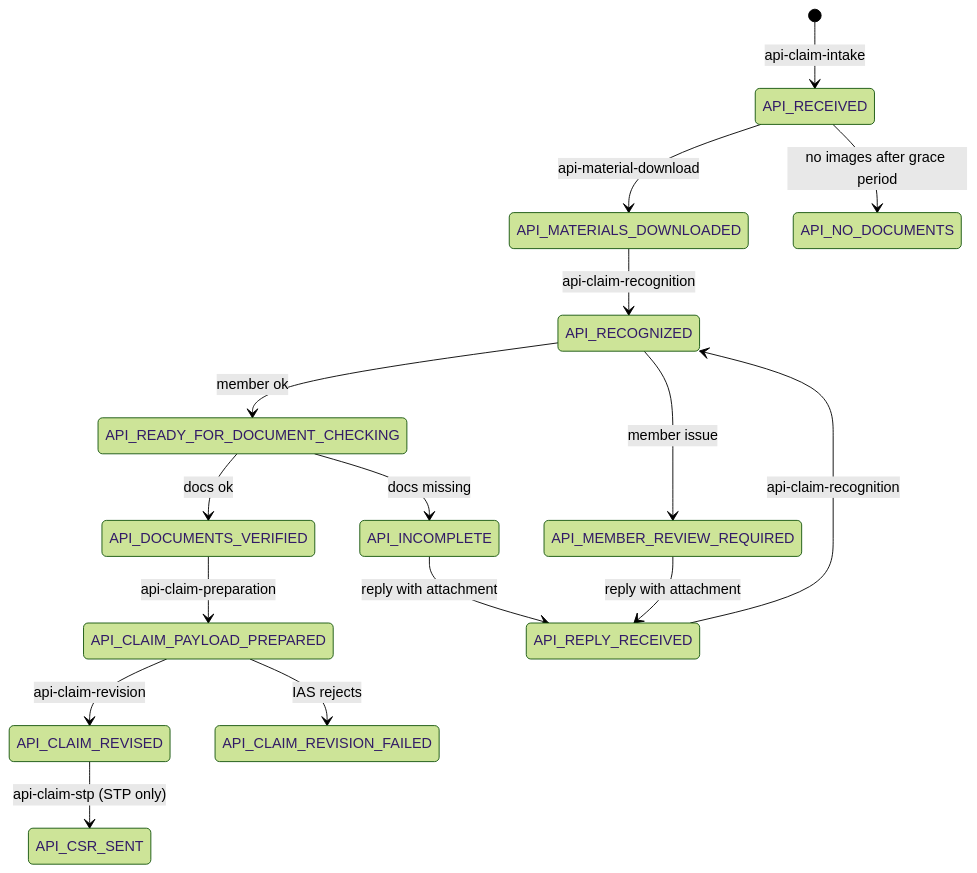
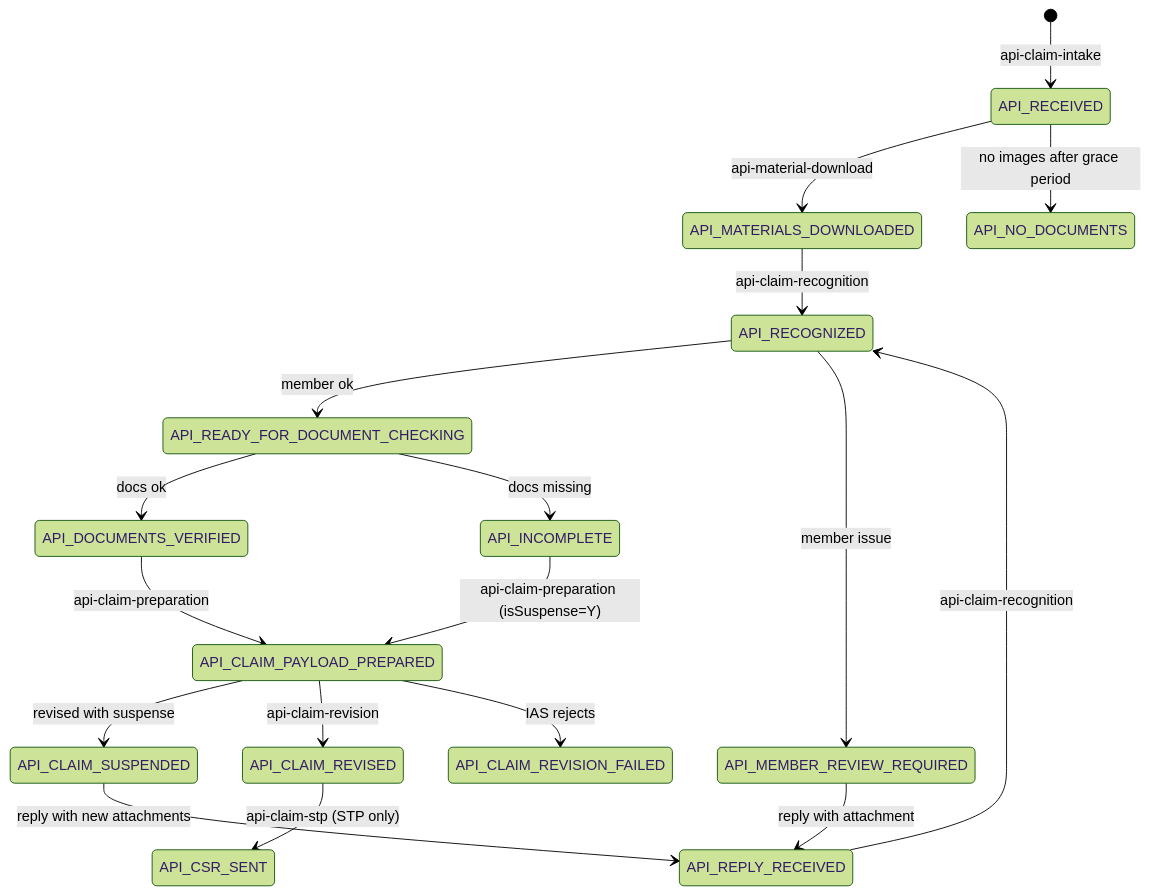
Before and after one commit to stevenyeo99/ulink-admin: the second of 2 diagrams in docs/imp/day1/api-case-workflow.md, drawn with Mermaid (forest theme). The commit also changed other lines of this file and 20 other files, not shown here.

Commit message:
API - Implement Claim Revision Preparation Job.

````diff
--- a/docs/imp/day1/api-case-workflow.md
+++ b/docs/imp/day1/api-case-workflow.md
@@ -97,18 +97,20 @@
 ```mermaid
 stateDiagram-v2
   [*] --> API_RECEIVED: api-claim-intake
   API_RECEIVED --> API_MATERIALS_DOWNLOADED: api-material-download
   API_RECEIVED --> API_NO_DOCUMENTS: no images after grace period
   API_MATERIALS_DOWNLOADED --> API_RECOGNIZED: api-claim-recognition
   API_REPLY_RECEIVED --> API_RECOGNIZED: api-claim-recognition
   API_RECOGNIZED --> API_READY_FOR_DOCUMENT_CHECKING: member ok
   API_RECOGNIZED --> API_MEMBER_REVIEW_REQUIRED: member issue
   API_READY_FOR_DOCUMENT_CHECKING --> API_DOCUMENTS_VERIFIED: docs ok
   API_READY_FOR_DOCUMENT_CHECKING --> API_INCOMPLETE: docs missing
+  API_INCOMPLETE --> API_CLAIM_PAYLOAD_PREPARED: api-claim-preparation (isSuspense=Y)
+  API_CLAIM_PAYLOAD_PREPARED --> API_CLAIM_SUSPENDED: revised with suspense
+  API_CLAIM_SUSPENDED --> API_REPLY_RECEIVED: reply with new attachments
   API_MEMBER_REVIEW_REQUIRED --> API_REPLY_RECEIVED: reply with attachment
-  API_INCOMPLETE --> API_REPLY_RECEIVED: reply with attachment
   API_DOCUMENTS_VERIFIED --> API_CLAIM_PAYLOAD_PREPARED: api-claim-preparation
   API_CLAIM_PAYLOAD_PREPARED --> API_CLAIM_REVISED: api-claim-revision
   API_CLAIM_PAYLOAD_PREPARED --> API_CLAIM_REVISION_FAILED: IAS rejects
   API_CLAIM_REVISED --> API_CSR_SENT: api-claim-stp (STP only)
 ```
````
